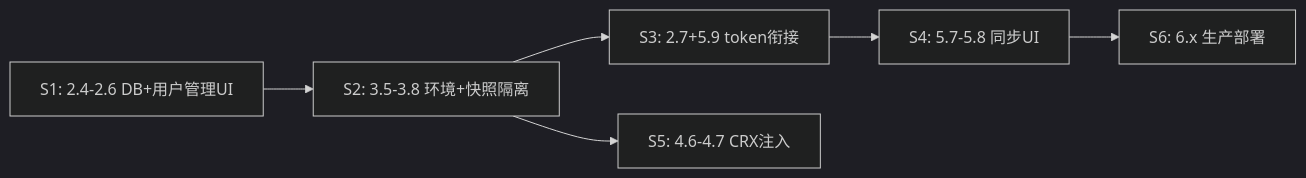
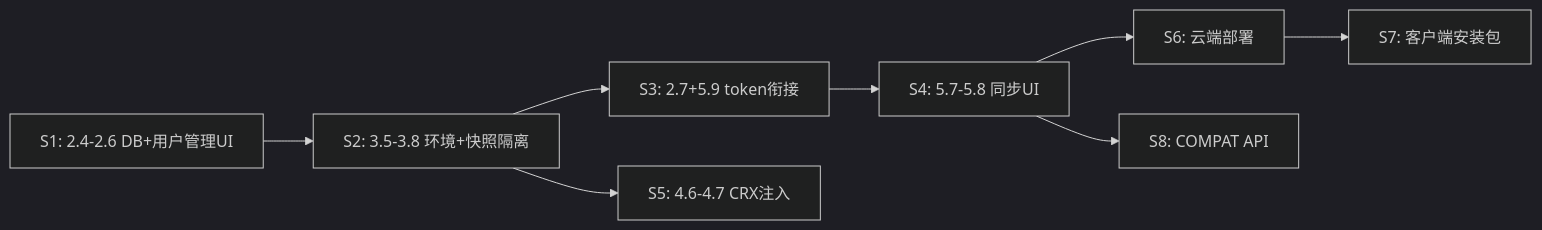
Before and after one commit to 0xZxh/VirtualBrowser: the diagram in docs/DELIVERY_STANDARD.md, drawn with Mermaid (dark theme). The commit also changed other lines of this file and 109 other files, not shown here.

````diff
--- a/docs/DELIVERY_STANDARD.md
+++ b/docs/DELIVERY_STANDARD.md
@@ -66,12 +75,16 @@
 ```mermaid
 flowchart LR
   S1["S1: 2.4-2.6 DB+用户管理UI"]
   S2["S2: 3.5-3.8 环境+快照隔离"]
   S3["S3: 2.7+5.9 token衔接"]
   S4["S4: 5.7-5.8 同步UI"]
   S5["S5: 4.6-4.7 CRX注入"]
-  S6["S6: 6.x 生产部署"]
+  S6["S6: 云端部署"]
+  S7["S7: 客户端安装包"]
+  S8["S8: COMPAT API"]
   S1 --> S2 --> S3 --> S4
   S2 --> S5
   S4 --> S6
+  S6 --> S7
+  S4 --> S8
 ```
````
